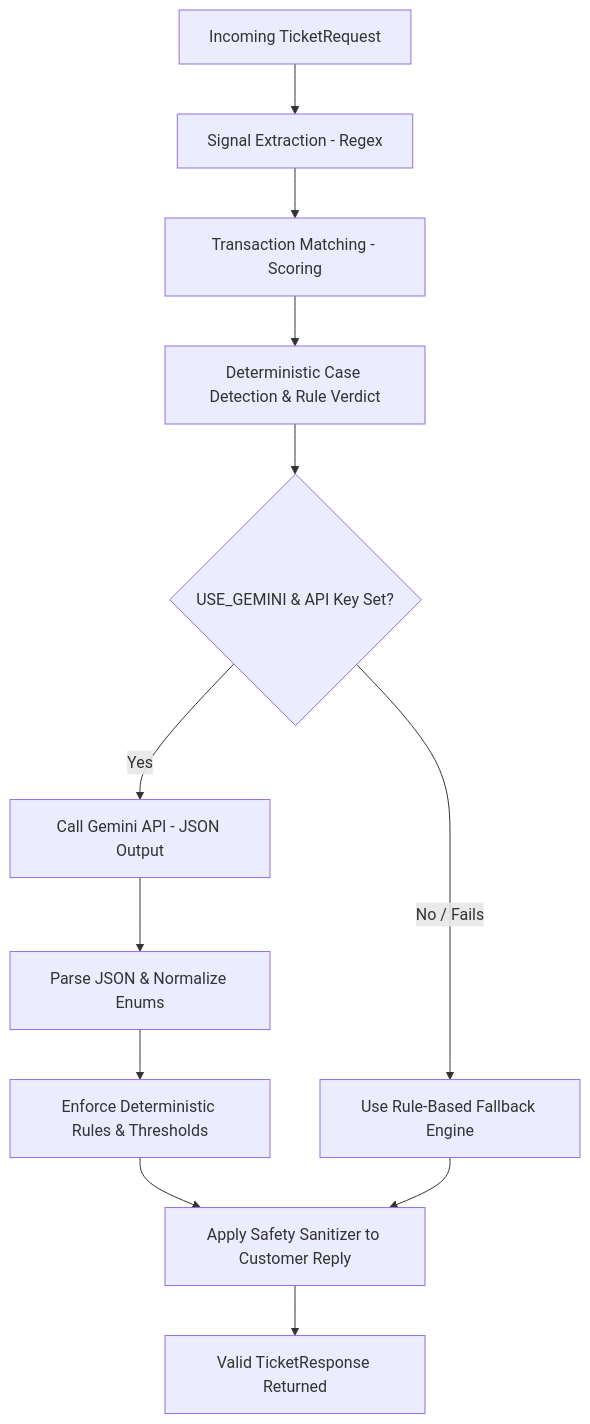
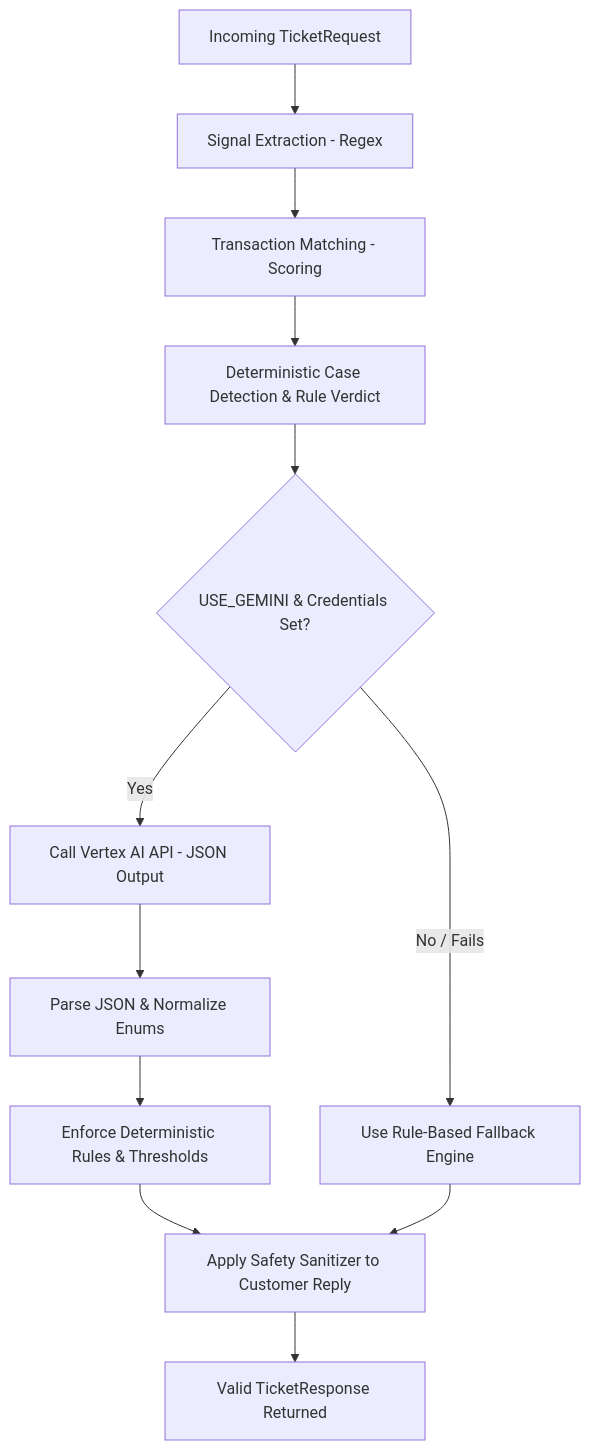
One commit to towfiq-rakin/sust-hackathon changed the diagram in README.md. Above: the diagram before and after it, drawn with Mermaid. The commit also changed other lines of this file and 9 other files, not shown here.

````diff
--- a/README.md
+++ b/README.md
@@ -132,14 +135,14 @@
 ```mermaid
 graph TD
     A[Incoming TicketRequest] --> B[Signal Extraction - Regex]
     B --> C[Transaction Matching - Scoring]
     C --> D[Deterministic Case Detection & Rule Verdict]
-    D --> E{USE_GEMINI & API Key Set?}
-    E -- Yes --> F[Call Gemini API - JSON Output]
+    D --> E{USE_GEMINI & Credentials Set?}
+    E -- Yes --> F[Call Vertex AI API - JSON Output]
     F --> G[Parse JSON & Normalize Enums]
     G --> H[Enforce Deterministic Rules & Thresholds]
     H --> I[Apply Safety Sanitizer to Customer Reply]
     E -- No / Fails --> J[Use Rule-Based Fallback Engine]
     J --> I
     I --> K[Valid TicketResponse Returned]
 ```
````
